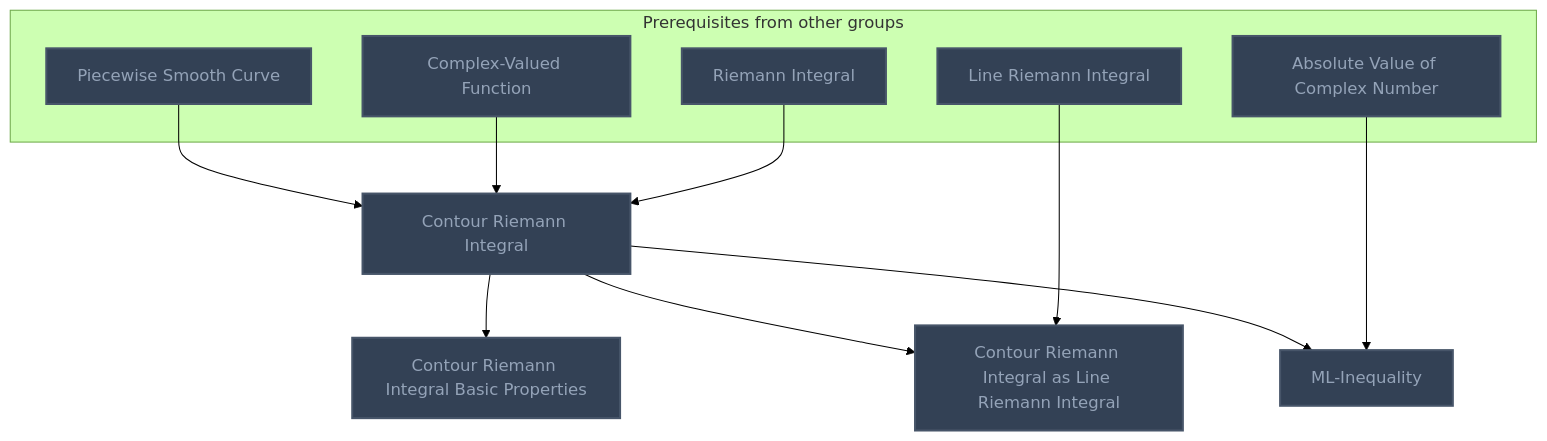
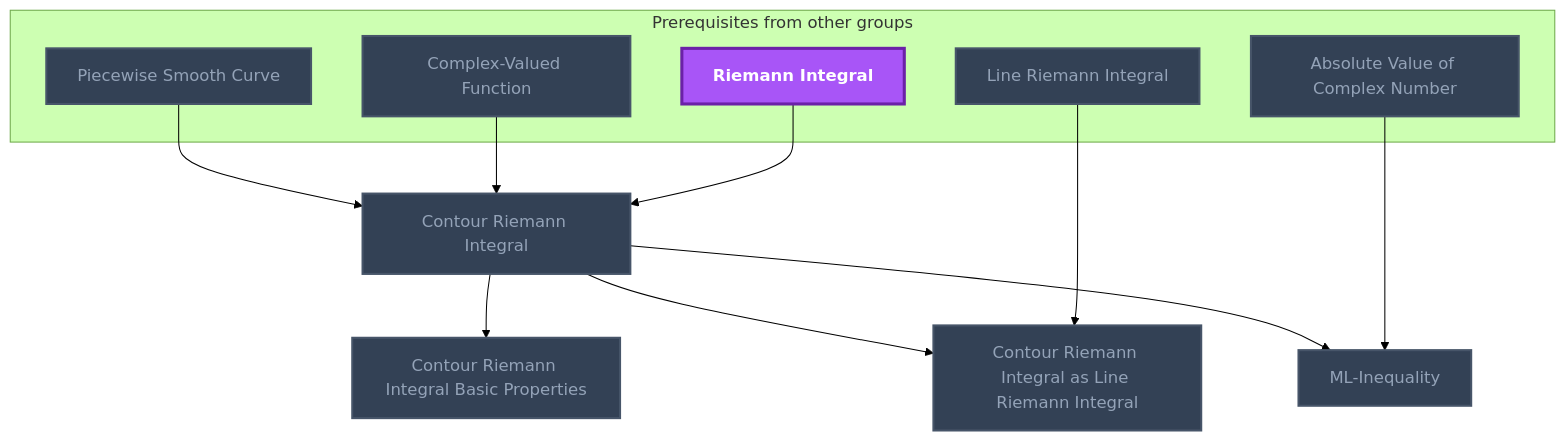
Before and after one commit to MRauf1/My-Notes: the fifth of 19 diagrams in Gamification/Skill Trees/Complex Analysis.md, drawn with Mermaid (forest theme). The commit also changed other lines of this file and 156 other files, not shown here.

````diff
--- a/Gamification/Skill Trees/Complex Analysis.md
+++ b/Gamification/Skill Trees/Complex Analysis.md
@@ -184,33 +189,34 @@
 ```mermaid
 flowchart TD
     classDef planned fill:#1E293B,stroke:#64748B,stroke-width:2px,stroke-dasharray:5 5,color:#94A3B8;
     classDef locked fill:#334155,stroke:#475569,stroke-width:2px,color:#94A3B8;
     classDef L0 fill:#F1F5F9,stroke:#94A3B8,stroke-width:2px,color:#000000;
     classDef L1 fill:#22C55E,stroke:#15803D,stroke-width:2px,color:#000000;
     classDef L2 fill:#3B82F6,stroke:#1D4ED8,stroke-width:3px,color:#FFFFFF;
     classDef L3 fill:#A855F7,stroke:#6B21A8,stroke-width:3px,color:#FFFFFF,font-weight:bold;
     classDef L4 fill:#F97316,stroke:#C2410C,stroke-width:4px,color:#000000,font-weight:bold;
     classDef L5 fill:#FFD700,stroke:#FF8C00,stroke-width:5px,color:#000000,font-weight:bold;
     classDef rusty stroke:#8B4513,stroke-width:4px,stroke-dasharray:3 3;
     subgraph sg_prereqs["Prerequisites from other groups"]
         n_piecewise_smooth_curve["Piecewise Smooth Curve"]
         n_complex_valued_function["Complex-Valued Function"]
         n_riemann_integral["Riemann Integral"]
         n_line_riemann_integral["Line Riemann Integral"]
         n_absolute_value_of_complex_number["Absolute Value of Complex Number"]
     end
     n_contour_riemann_integral["Contour Riemann Integral"]
     n_contour_riemann_integral_basic_properties["Contour Riemann Integral Basic Properties"]
     n_contour_riemann_integral_as_line_riemann_integral["Contour Riemann Integral as Line Riemann Integral"]
     n_ml_inequality["ML-Inequality"]
     n_piecewise_smooth_curve --> n_contour_riemann_integral
     n_complex_valued_function --> n_contour_riemann_integral
     n_riemann_integral --> n_contour_riemann_integral
     n_contour_riemann_integral --> n_contour_riemann_integral_basic_properties
     n_contour_riemann_integral --> n_contour_riemann_integral_as_line_riemann_integral
     n_line_riemann_integral --> n_contour_riemann_integral_as_line_riemann_integral
     n_contour_riemann_integral --> n_ml_inequality
     n_absolute_value_of_complex_number --> n_ml_inequality
-    class n_piecewise_smooth_curve,n_complex_valued_function,n_riemann_integral,n_line_riemann_integral,n_absolute_value_of_complex_number,n_contour_riemann_integral,n_contour_riemann_integral_basic_properties,n_contour_riemann_integral_as_line_riemann_integral,n_ml_inequality locked;
+    class n_piecewise_smooth_curve,n_complex_valued_function,n_line_riemann_integral,n_absolute_value_of_complex_number,n_contour_riemann_integral,n_contour_riemann_integral_basic_properties,n_contour_riemann_integral_as_line_riemann_integral,n_ml_inequality locked;
+    class n_riemann_integral L3;
     class n_piecewise_smooth_curve,n_complex_valued_function,n_riemann_integral,n_line_riemann_integral,n_absolute_value_of_complex_number,n_contour_riemann_integral,n_contour_riemann_integral_basic_properties,n_contour_riemann_integral_as_line_riemann_integral,n_ml_inequality internal-link;
 ```
````
